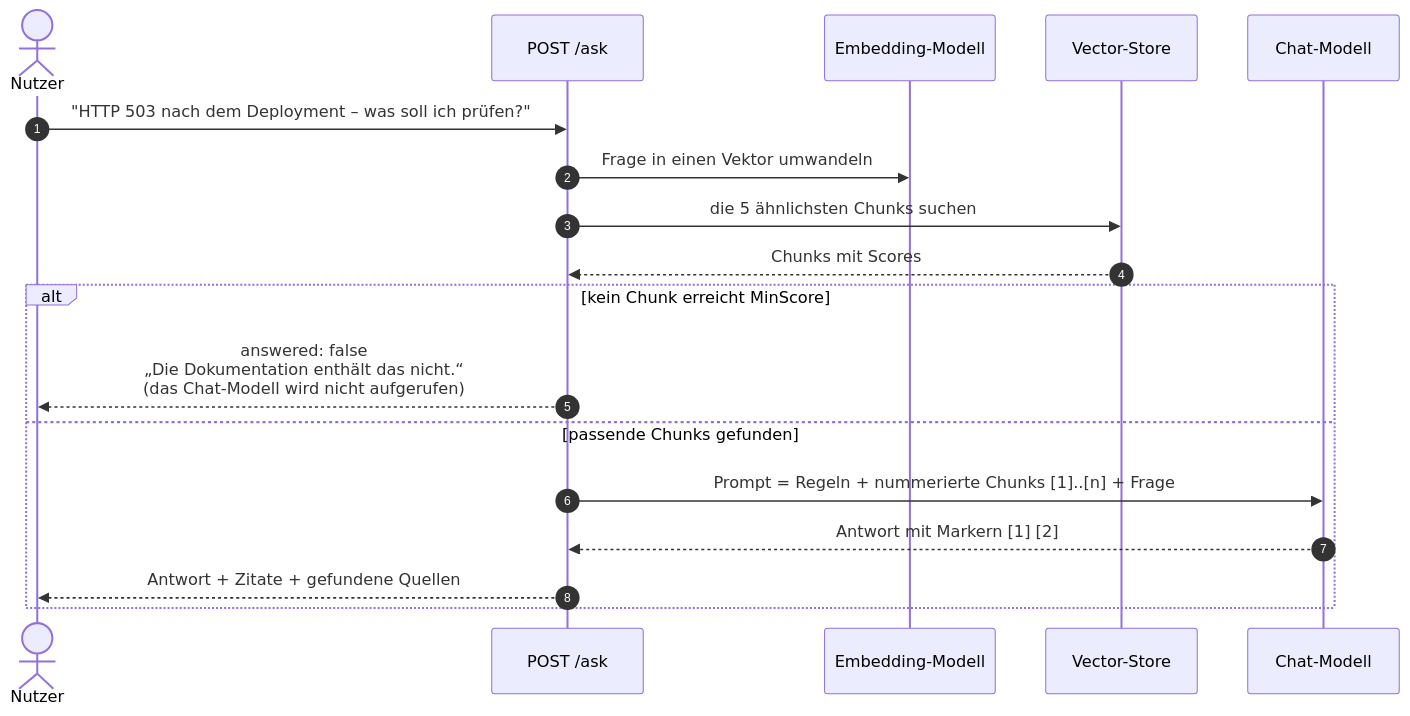
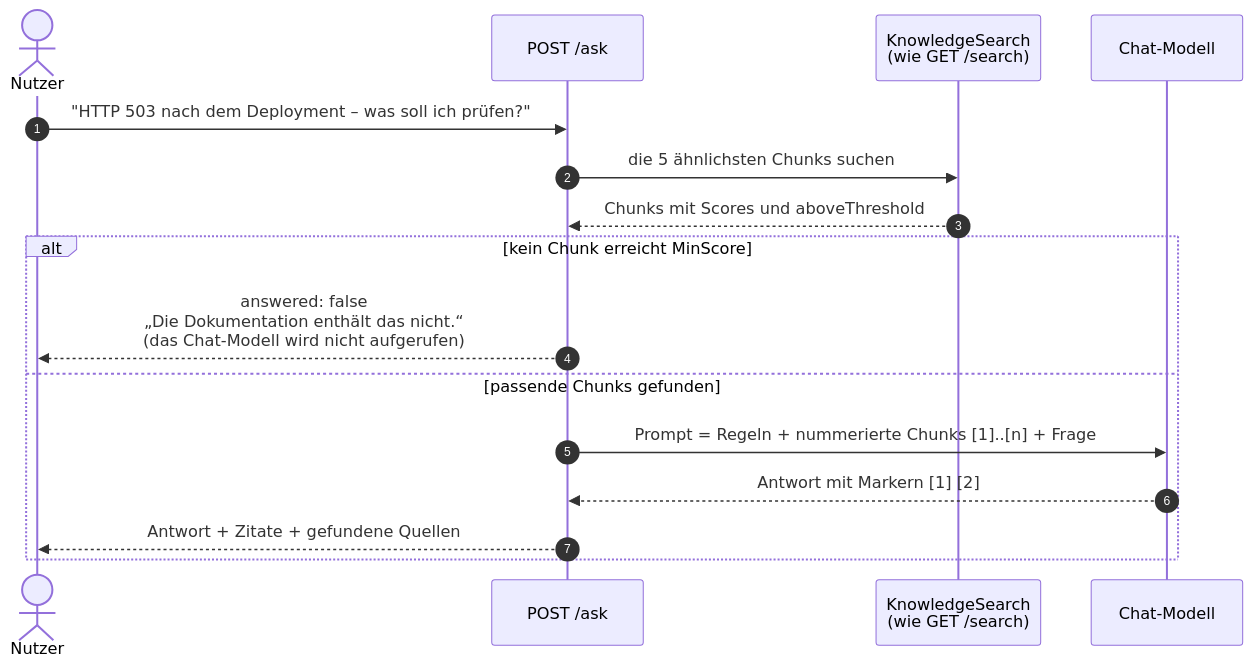
One commit to MyOnlineRepo/RAG-API changed the tenth of 10 diagrams in README.md. Above: the diagram before and after it, drawn with Mermaid. The commit also changed other lines of this file and 3 other files, not shown here.

````diff
--- a/README.md
+++ b/README.md
@@ -275,21 +319,19 @@
 ```mermaid
 sequenceDiagram
     autonumber
     actor U as Nutzer
     participant API as POST /ask
-    participant E as Embedding-Modell
-    participant V as Vector-Store
+    participant S as KnowledgeSearch<br/>(wie GET /search)
     participant C as Chat-Modell
 
     U->>API: "HTTP 503 nach dem Deployment – was soll ich prüfen?"
-    API->>E: Frage in einen Vektor umwandeln
-    API->>V: die 5 ähnlichsten Chunks suchen
-    V-->>API: Chunks mit Scores
+    API->>S: die 5 ähnlichsten Chunks suchen
+    S-->>API: Chunks mit Scores und aboveThreshold
     alt kein Chunk erreicht MinScore
         API-->>U: answered: false<br/>„Die Dokumentation enthält das nicht.“<br/>(das Chat-Modell wird nicht aufgerufen)
     else passende Chunks gefunden
         API->>C: Prompt = Regeln + nummerierte Chunks [1]..[n] + Frage
         C-->>API: Antwort mit Markern [1] [2]
         API-->>U: Antwort + Zitate + gefundene Quellen
     end
 ```
````
